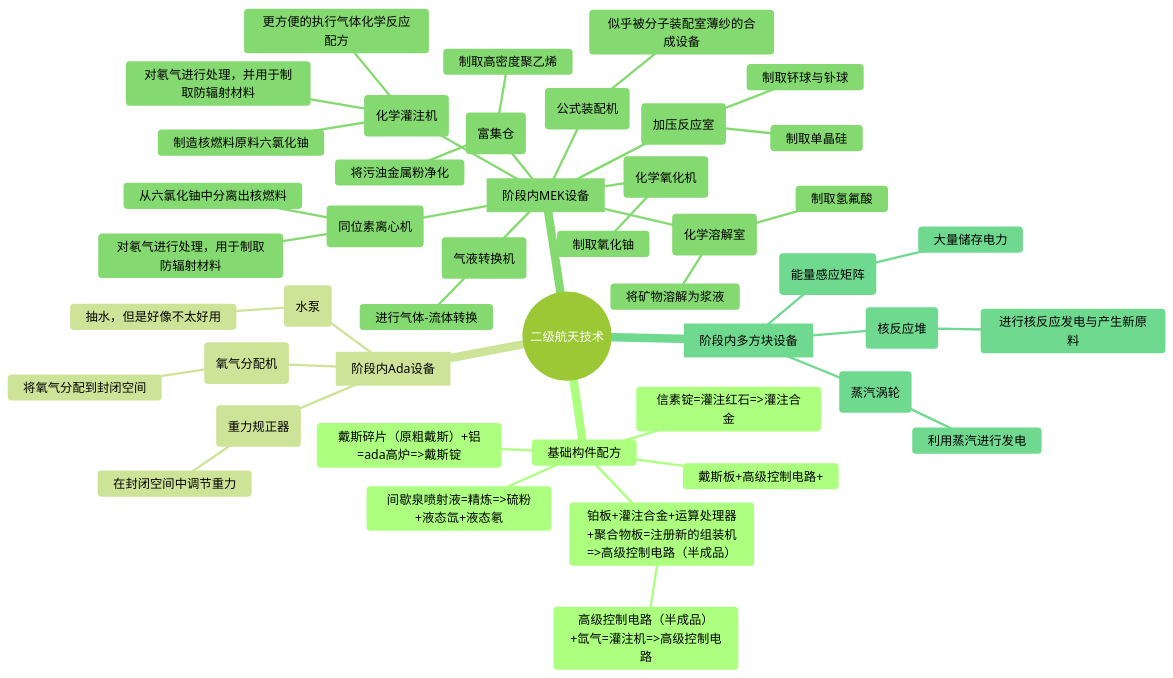
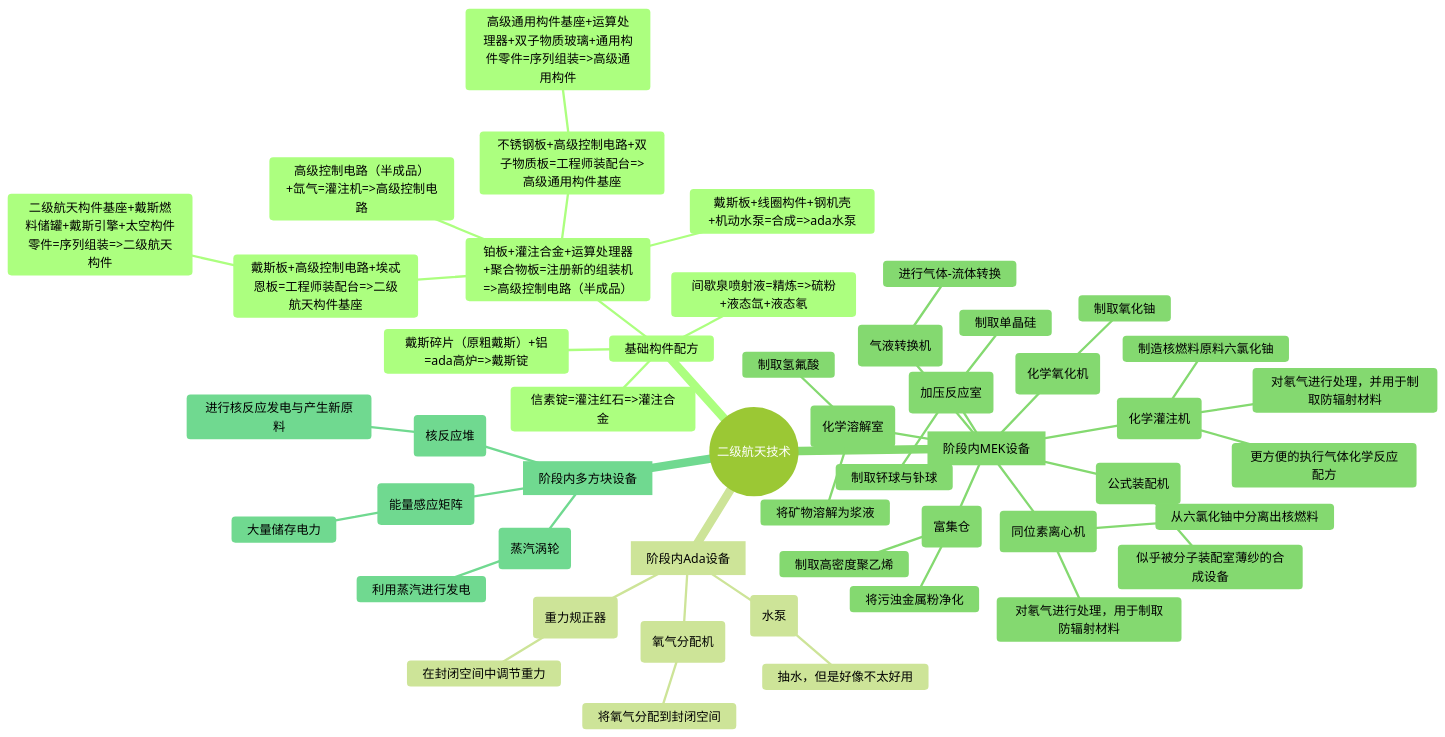
Before and after one commit to VechniMetel/CodeNameCIM2: the second of 4 diagrams in Developer/TechTreeMap.md, drawn with Mermaid (forest theme). The commit also changed other lines of this file and 3 other files, not shown here.

````diff
--- a/Developer/TechTreeMap.md
+++ b/Developer/TechTreeMap.md
@@ -34,48 +37,52 @@
 ``` mermaid
 mindmap
     root((二级航天技术))
         基础构件配方
             戴斯碎片（原粗戴斯）+铝=ada高炉=>戴斯锭
             信素锭=灌注红石=>灌注合金
             间歇泉喷射液=精炼=>硫粉+液态氙+液态氡
             铂板+灌注合金+运算处理器+聚合物板=注册新的组装机=>高级控制电路（半成品）
                 高级控制电路（半成品）+氙气=灌注机=>高级控制电路
-            戴斯板+高级控制电路+
+                戴斯板+高级控制电路+埃忒恩板=工程师装配台=>二级航天构件基座
+                    二级航天构件基座+戴斯燃料储罐+戴斯引擎+太空构件零件=序列组装=>二级航天构件
+                不锈钢板+高级控制电路+双子物质板=工程师装配台=>高级通用构件基座
+                    高级通用构件基座+运算处理器+双子物质玻璃+通用构件零件=序列组装=>高级通用构件
+                戴斯板+线圈构件+钢机壳+机动水泵=合成=>ada水泵
         [阶段内Ada设备]
             (水泵)
                 抽水，但是好像不太好用
             (氧气分配机)
                 将氧气分配到封闭空间
             (重力规正器)
                 在封闭空间中调节重力
         [阶段内MEK设备]
             (富集仓)
                 将污浊金属粉净化
                 制取高密度聚乙烯
             (公式装配机)
                 似乎被分子装配室薄纱的合成设备
             (化学灌注机)
                 更方便的执行气体化学反应配方
                 制造核燃料原料六氯化铀
                 对氡气进行处理，并用于制取防辐射材料
             (化学氧化机)
                 制取氧化铀
             (化学溶解室)
                 制取氢氟酸
                 将矿物溶解为浆液
             (加压反应室)
                 制取钚球与钋球
                 制取单晶硅
             (同位素离心机)
                 从六氯化铀中分离出核燃料
                 对氡气进行处理，用于制取防辐射材料
             (气液转换机)
                 进行气体-流体转换
         [阶段内多方块设备]
             (能量感应矩阵)
                 大量储存电力
             (蒸汽涡轮)
                 利用蒸汽进行发电
             (核反应堆)
                 进行核反应发电与产生新原料
 ```
````
